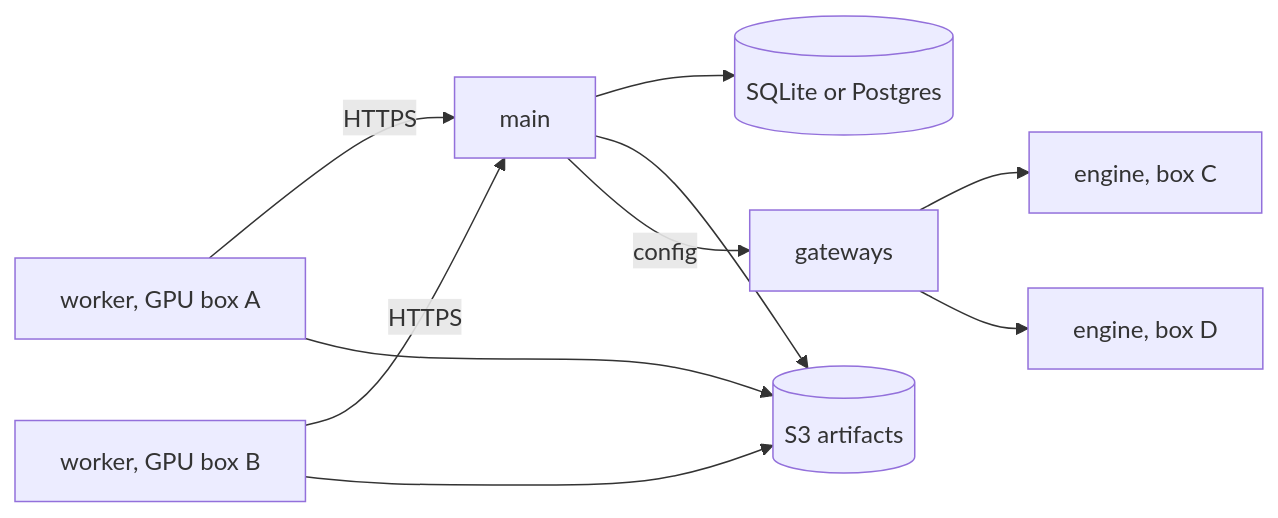
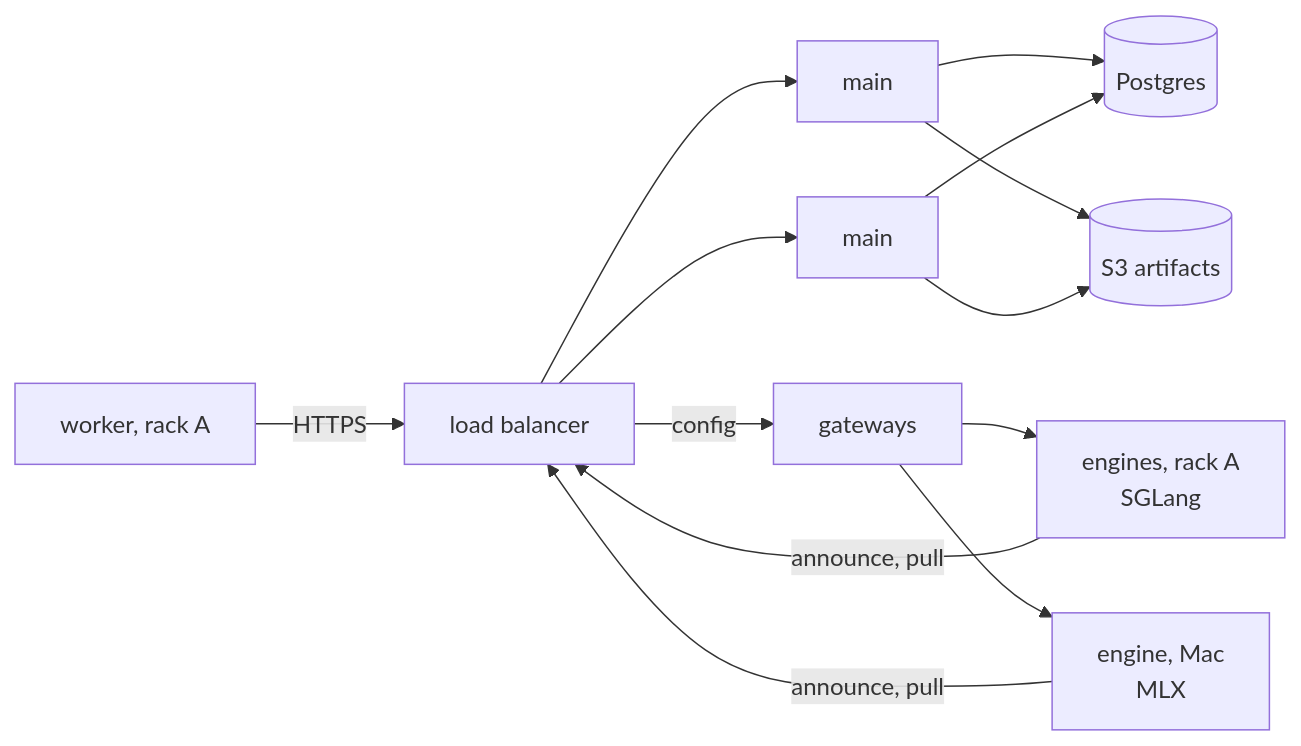
Before and after one commit to offbeatport/minibrain: the fifth of 5 diagrams in docs/architecture.md, drawn with Mermaid. The commit also changed other lines of this file and 1 other file, not shown here.

First line of the commit message:
docs: pools, engine selection, routing, policies, leader election and tradeoffs

````diff
--- a/docs/architecture.md
+++ b/docs/architecture.md
@@ -167,10 +315,11 @@
 ```mermaid
 flowchart LR
-    main["main"] --> pg[("SQLite or Postgres")]
-    main --> s3[("S3 artifacts")]
-    wa["worker, GPU box A"] -- "HTTPS" --> main
-    wb["worker, GPU box B"] -- "HTTPS" --> main
-    wa & wb --> s3
-    gw["gateways"] --> ec["engine, box C"] & ed["engine, box D"]
-    main -- "config" --> gw
+    lb["load balancer"] --> m1["main"] & m2["main"]
+    m1 & m2 --> pg[("Postgres")]
+    m1 & m2 --> s3[("S3 artifacts")]
+    wa["worker, rack A"] -- "HTTPS" --> lb
+    ea["engines, rack A<br/>SGLang"] -- "announce, pull" --> lb
+    eb["engine, Mac<br/>MLX"] -- "announce, pull" --> lb
+    gw["gateways"] --> ea & eb
+    lb -- "config" --> gw
 ```
````
